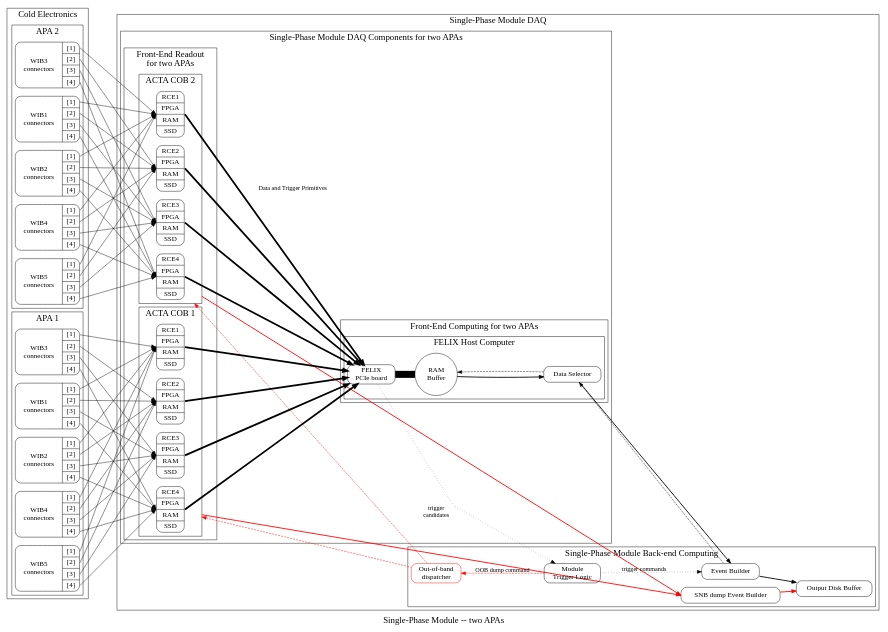
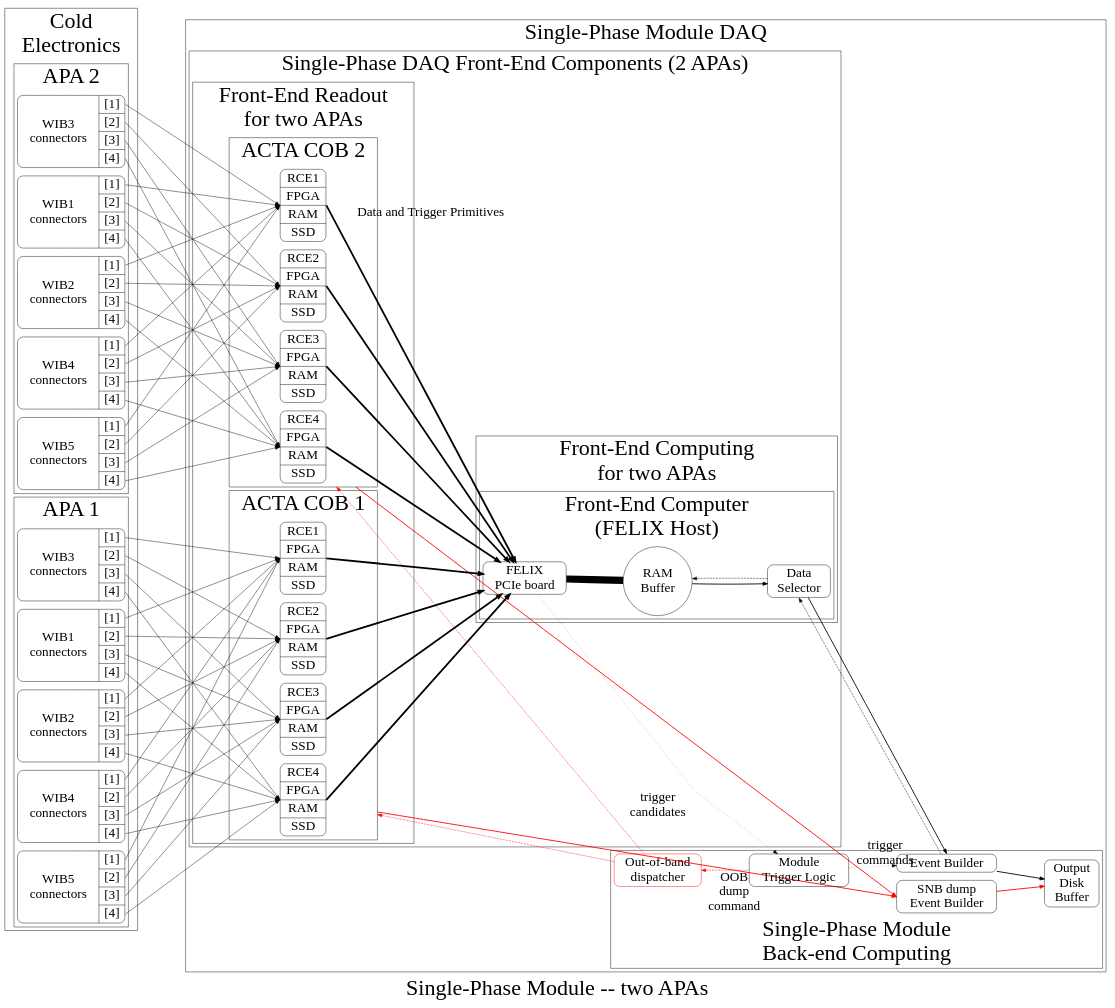
The diagram in far-detector-single-phase/figures/daq-readout-buffering-baseline.dot (DUNE/Technical-Proposal), drawn with Graphviz before and after one commit. The commit also changed 5 other files, not shown here.

```diff
--- a/far-detector-single-phase/figures/daq-readout-buffering-baseline.dot
+++ b/far-detector-single-phase/figures/daq-readout-buffering-baseline.dot
@@ -1,167 +1,169 @@
 digraph top {
-        graph[compound=true,ordering=out,splines=false,layout=dot,rankdir=LR,fontsize=20];
-        node[shape=box,style="rounded",fontsize=16];
+        graph[compound=true,ordering=out,splines=false,layout=dot,rankdir=LR,fontsize=50,ranksep=1.5];
+        node[shape=box,style="rounded",fontsize=30];
+        edge[fontsize=30];
+        
         label="Single-Phase Module -- two APAs";
         
         subgraph cluster_wibs {
-                label="Cold Electronics";
+                label="Cold\nElectronics";
                 subgraph cluster_apa2 {
                         label="APA 2";
                         node[shape=record];
                         wib21[label="{WIB1\nconnectors|{<c1>[1]|<c2>[2]|<c3>[3]|<c4>[4]}}"];
                         wib22[label="{WIB2\nconnectors|{<c1>[1]|<c2>[2]|<c3>[3]|<c4>[4]}}"];
                         wib23[label="{WIB3\nconnectors|{<c1>[1]|<c2>[2]|<c3>[3]|<c4>[4]}}"];
                         wib24[label="{WIB4\nconnectors|{<c1>[1]|<c2>[2]|<c3>[3]|<c4>[4]}}"];
                         wib25[label="{WIB5\nconnectors|{<c1>[1]|<c2>[2]|<c3>[3]|<c4>[4]}}"];
                 }
                 subgraph cluster_apa1 {
                         label="APA 1";
                         node[shape=record];
                         wib11[label="{WIB1\nconnectors|{<c1>[1]|<c2>[2]|<c3>[3]|<c4>[4]}}"];
                         wib12[label="{WIB2\nconnectors|{<c1>[1]|<c2>[2]|<c3>[3]|<c4>[4]}}"];
                         wib13[label="{WIB3\nconnectors|{<c1>[1]|<c2>[2]|<c3>[3]|<c4>[4]}}"];
                         wib14[label="{WIB4\nconnectors|{<c1>[1]|<c2>[2]|<c3>[3]|<c4>[4]}}"];
                         wib15[label="{WIB5\nconnectors|{<c1>[1]|<c2>[2]|<c3>[3]|<c4>[4]}}"];
                 }
         }
         subgraph cluster_sp{
                 label="Single-Phase Module DAQ";
                 
                 subgraph cluster_daqsp{
-                        label="Single-Phase Module DAQ Components for two APAs"
+                        label="Single-Phase DAQ Front-End Components (2 APAs)"
                         subgraph cluster_ferohw{
                                 label="Front-End Readout\nfor two APAs";
                                 subgraph cluster_rces2 {
                                         label="ACTA COB 2";
                                         node[shape=record];
                                         rce21[label="{{RCE1|FPGA|RAM|SSD}}"];
                                         rce22[label="{{RCE2|FPGA|RAM|SSD}}"];
                                         rce23[label="{{RCE3|FPGA|RAM|SSD}}"];
                                         rce24[label="{{RCE4|FPGA|RAM|SSD}}"];
                                 }
                                 subgraph cluster_rces1 {
                                         label="ACTA COB 1";
                                         node[shape=record];
                                         rce11[label="{{RCE1|FPGA|RAM|SSD}}"];
                                         rce12[label="{{RCE2|FPGA|RAM|SSD}}"];
                                         rce13[label="{{RCE3|FPGA|RAM|SSD}}"];
                                         rce14[label="{{RCE4|FPGA|RAM|SSD}}"];
                                 }
                         }
                         subgraph cluster_fecomp{
-                                label="Front-End Computing for two APAs";
+                                label="Front-End Computing\nfor two APAs";
                                 subgraph cluster_felixpc {
-                                        label="FELIX Host Computer";
+                                        label="Front-End Computer\n(FELIX Host)";
                                         felix[label="FELIX\nPCIe board"];
                                         ring[shape=circle,label="RAM\nBuffer"];
-                                        selector[label="Data Selector"];
+                                        selector[label="Data\nSelector"];
                                         
                                 }
                         }
                 }
                 subgraph cluster_daqblob {
-                        label="Single-Phase Module Back-end Computing";
-                        labelloc=top;
+                        label="Single-Phase Module\nBack-end Computing";
+                        labelloc=bottom;
                         
                         eb[label="Event Builder"];
                         oob[label="Out-of-band\ndispatcher",color=red];
                         mtl[label="Module\nTrigger Logic"];
-                        disk[label="Output Disk Buffer"];
-                        snbeb[label="SNB dump Event Builder"];
+                        disk[label="Output\nDisk\nBuffer"];
+                        snbeb[label="SNB dump\nEvent Builder"];
                 }
         }
         wib11:c1->rce11:w;
         wib11:c2->rce12:w;
         wib11:c3->rce13:w;
         wib11:c4->rce14:w;
 
         wib12:c1->rce11:w;
         wib12:c2->rce12:w;
         wib12:c3->rce13:w;
         wib12:c4->rce14:w;
 
         wib13:c1->rce11:w;
         wib13:c2->rce12:w;
         wib13:c3->rce13:w;
         wib13:c4->rce14:w;
 
         wib14:c1->rce11:w;
         wib14:c2->rce12:w;
         wib14:c3->rce13:w;
         wib14:c4->rce14:w;
 
         wib15:c1->rce11:w;
         wib15:c2->rce12:w;
         wib15:c3->rce13:w;
         wib15:c4->rce14:w;
         
         wib21:c1->rce21:w;
         wib21:c2->rce22:w;
         wib21:c3->rce23:w;
         wib21:c4->rce24:w;
 
         wib22:c1->rce21:w;
         wib22:c2->rce22:w;
         wib22:c3->rce23:w;
         wib22:c4->rce24:w;
 
         wib23:c1->rce21:w;
         wib23:c2->rce22:w;
         wib23:c3->rce23:w;
         wib23:c4->rce24:w;
 
         wib24:c1->rce21:w;
         wib24:c2->rce22:w;
         wib24:c3->rce23:w;
         wib24:c4->rce24:w;
 
         wib25:c1->rce21:w;
         wib25:c2->rce22:w;
         wib25:c3->rce23:w;
         wib25:c4->rce24:w;
         
         edge[penwidth=4];
 
         //[label="Data and Trigger Primitives\n2x 10 Gbps fibers / link"];
         rce11:e->felix;
         rce12:e->felix;
         rce13:e->felix;
         rce14:e->felix;
 
-        rce21:e->felix[label="Data and Trigger Primitives"];
+        rce21:e->felix[taillabel="   Data and Trigger Primitives"];
         rce22:e->felix;
         rce23:e->felix;
         rce24:e->felix;
         
         edge[penwidth=16,dir=none];
         felix->ring;
 
         edge[penwidth=2,dir=forward];
         ring->selector;
         selector->eb:n[constraint=false];
         eb->disk;
 
         edge[penwidth=2,dir=forward,color=red];
         rce14->snbeb:w[constraint=false,ltail=cluster_rces1];
         rce24->snbeb:w[constraint=false,ltail=cluster_rces2];
         snbeb->disk;
         
         
         edge[penwidth=1,style=dashed,color=black];
-        selector->eb[dir=back];
+        selector:s->eb[dir=back];
         selector->ring;
         
 
         edge[penwidth=1,style=dotted];
         felix->mtl[label="trigger\ncandidates"];
         
-        mtl->eb[label="trigger commands"];
+        mtl->eb[taillabel="trigger\ncommands"];
 
 
         // Send trigger back to each rce
         edge[penwidth=1,style=dashed,color=red];
-        oob->mtl[dir=back,label="OOB dump command"];
+        oob->mtl[dir=back,taillabel="OOB\ndump\ncommand"];
         rce14->oob[dir=back,ltail=cluster_rces1];
         rce24->oob[dir=back,ltail=cluster_rces2];
         
 }
```
